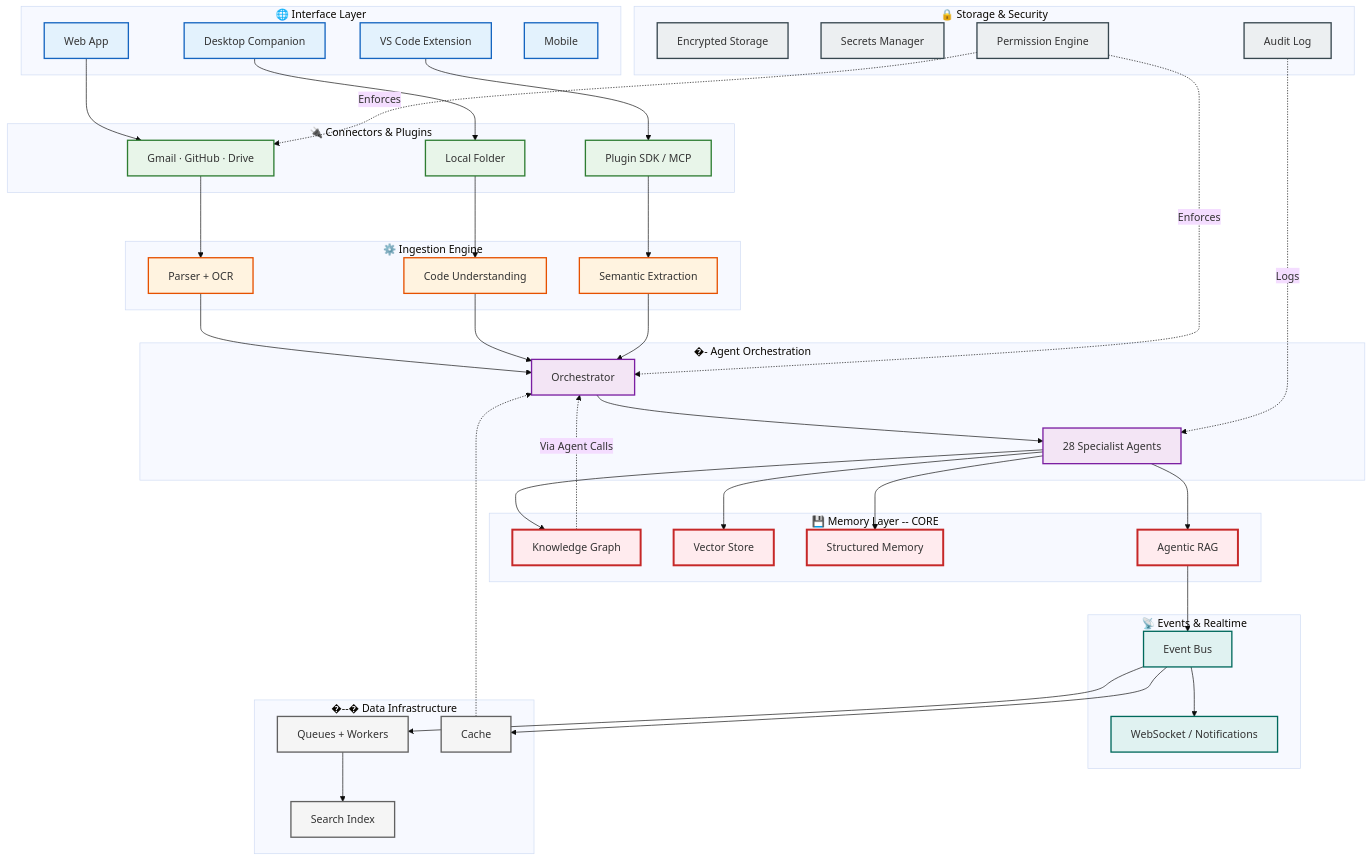
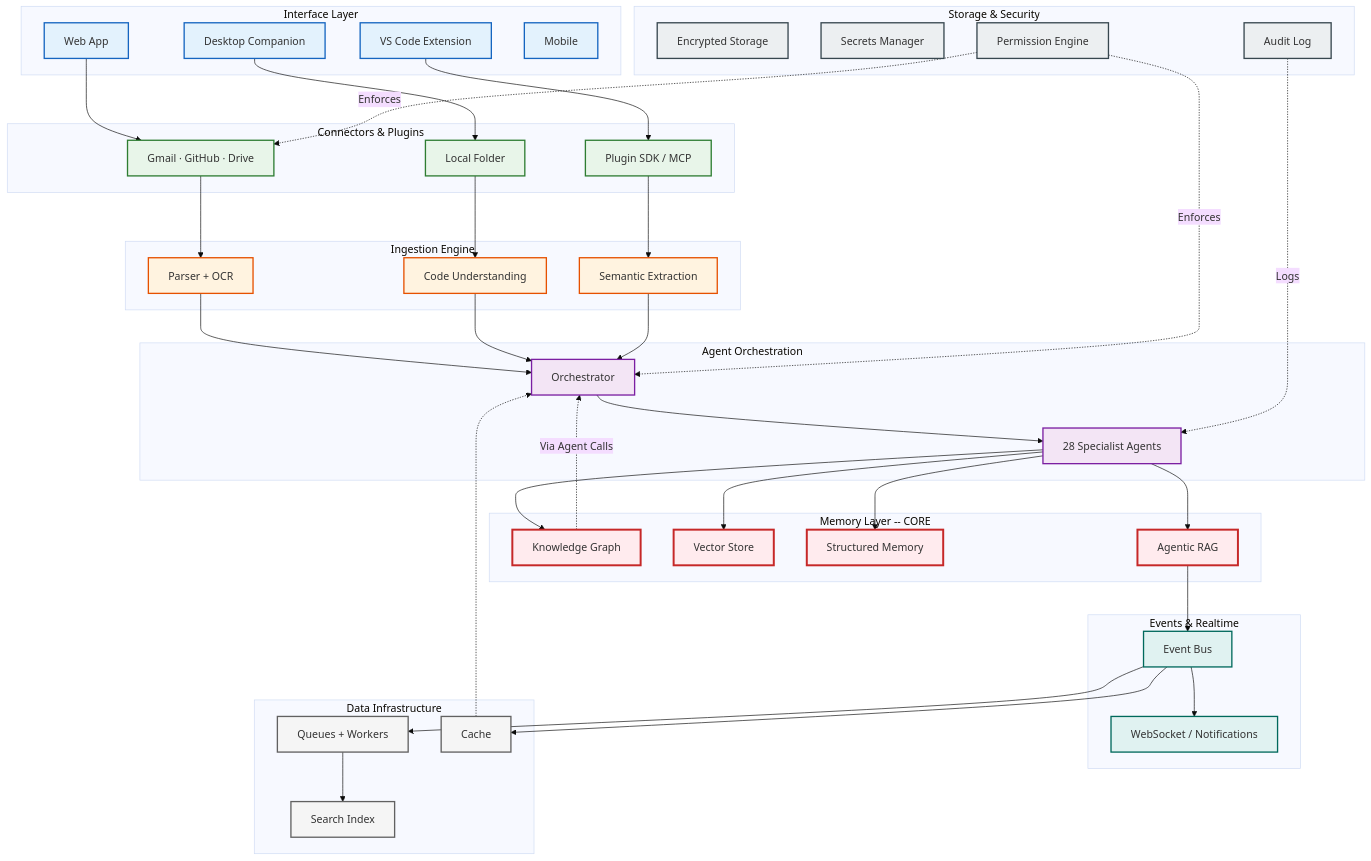
Before and after one commit to Driftloom/Vaeloom: the diagram in docs/06-vaeloom-enterprise-paper.md, drawn with Mermaid (base theme). The commit also changed other lines of this file and 694 other files, not shown here.

First line of the commit message:
docs: mermaid standardization — encoding/mermaid/duplicate cleanup

````diff
--- a/docs/06-vaeloom-enterprise-paper.md
+++ b/docs/06-vaeloom-enterprise-paper.md
@@ -94,94 +94,94 @@
 ```mermaid
 graph TD
-    subgraph Interface["🌐 Interface Layer"]
-        I1["Web App"]
-        I2["Desktop Companion"]
-        I3["VS Code Extension"]
-        I4["Mobile"]
-    end
+ subgraph Interface["Interface Layer"]
+ I1["Web App"]
+ I2["Desktop Companion"]
+ I3["VS Code Extension"]
+ I4["Mobile"]
+ end
 
-    subgraph Connectors["🔌 Connectors & Plugins"]
-        C1["Gmail · GitHub · Drive"]
-        C2["Local Folder"]
-        C3["Plugin SDK / MCP"]
-    end
+ subgraph Connectors["Connectors & Plugins"]
+ C1["Gmail · GitHub · Drive"]
+ C2["Local Folder"]
+ C3["Plugin SDK / MCP"]
+ end
 
-    subgraph Ingestion["⚙️ Ingestion Engine"]
-        G1["Parser + OCR"]
-        G2["Code Understanding"]
-        G3["Semantic Extraction"]
-    end
+ subgraph Ingestion["Ingestion Engine"]
+ G1["Parser + OCR"]
+ G2["Code Understanding"]
+ G3["Semantic Extraction"]
+ end
 
-    subgraph Orchestration["�- Agent Orchestration"]
-        O1["Orchestrator"]
-        O2["28 Specialist Agents"]
-    end
+ subgraph Orchestration["Agent Orchestration"]
+ O1["Orchestrator"]
+ O2["28 Specialist Agents"]
+ end
 
-    subgraph Memory["💾 Memory Layer -- CORE"]
-        M1["Knowledge Graph"]
-        M2["Vector Store"]
-        M3["Structured Memory"]
-        M4["Agentic RAG"]
-    end
+ subgraph Memory["Memory Layer -- CORE"]
+ M1["Knowledge Graph"]
+ M2["Vector Store"]
+ M3["Structured Memory"]
+ M4["Agentic RAG"]
+ end
 
-    subgraph Events["📡 Events & Realtime"]
-        E1["Event Bus"]
-        E2["WebSocket / Notifications"]
-    end
+ subgraph Events["Events & Realtime"]
+ E1["Event Bus"]
+ E2["WebSocket / Notifications"]
+ end
 
-    subgraph Infra["�--�️ Data Infrastructure"]
-        D1["Queues + Workers"]
-        D2["Cache"]
-        D3["Search Index"]
-    end
+ subgraph Infra["Data Infrastructure"]
+ D1["Queues + Workers"]
+ D2["Cache"]
+ D3["Search Index"]
+ end
 
-    subgraph Security["🔒 Storage & Security"]
-        S1["Encrypted Storage"]
-        S2["Secrets Manager"]
-        S3["Permission Engine"]
-        S4["Audit Log"]
-    end
+ subgraph Security["Storage & Security"]
+ S1["Encrypted Storage"]
+ S2["Secrets Manager"]
+ S3["Permission Engine"]
+ S4["Audit Log"]
+ end
 
-    I1 --> C1
-    I2 --> C2
-    I3 --> C3
-    C1 --> G1
-    C2 --> G2
-    C3 --> G3
-    G1 --> O1
-    G2 --> O1
-    G3 --> O1
-    O1 --> O2
-    O2 --> M1
-    O2 --> M2
-    O2 --> M3
-    O2 --> M4
-    M1 -.->|Via Agent Calls| O1
-    M4 --> E1
-    E1 --> E2
-    E1 --> D1
-    D1 --> D3
-    E1 --> D2
-    D2 -.-> O1
-    S3 -.->|Enforces| O1
-    S3 -.->|Enforces| C1
-    S4 -.->|Logs| O2
+ I1--> C1
+ I2--> C2
+ I3--> C3
+ C1--> G1
+ C2--> G2
+ C3--> G3
+ G1--> O1
+ G2--> O1
+ G3--> O1
+ O1--> O2
+ O2--> M1
+ O2--> M2
+ O2--> M3
+ O2--> M4
+ M1 -.->|Via Agent Calls| O1
+ M4--> E1
+ E1--> E2
+ E1--> D1
+ D1--> D3
+ E1--> D2
+ D2 -.-> O1
+ S3 -.->|Enforces| O1
+ S3 -.->|Enforces| C1
+ S4 -.->|Logs| O2
 
-    classDef interface fill:#e3f2fd,stroke:#1565c0,stroke-width:2px
-    classDef connector fill:#e8f5e9,stroke:#2e7d32,stroke-width:2px
-    classDef ingest fill:#fff3e0,stroke:#e65100,stroke-width:2px
-    classDef agent fill:#f3e5f5,stroke:#7b1fa2,stroke-width:2px
-    classDef memory fill:#ffebee,stroke:#c62828,stroke-width:3px
-    classDef events fill:#e0f2f1,stroke:#00695c,stroke-width:2px
-    classDef infra fill:#f5f5f5,stroke:#616161,stroke-width:2px
-    classDef security fill:#eceff1,stroke:#37474f,stroke-width:2px
+ classDef interface fill:#e3f2fd,stroke:#1565c0,stroke-width:2px
+ classDef connector fill:#e8f5e9,stroke:#2e7d32,stroke-width:2px
+ classDef ingest fill:#fff3e0,stroke:#e65100,stroke-width:2px
+ classDef agent fill:#f3e5f5,stroke:#7b1fa2,stroke-width:2px
+ classDef memory fill:#ffebee,stroke:#c62828,stroke-width:3px
+ classDef events fill:#e0f2f1,stroke:#00695c,stroke-width:2px
+ classDef infra fill:#f5f5f5,stroke:#616161,stroke-width:2px
+ classDef security fill:#eceff1,stroke:#37474f,stroke-width:2px
 
-    class I1,I2,I3,I4 interface
-    class C1,C2,C3 connector
-    class G1,G2,G3 ingest
-    class O1,O2 agent
-    class M1,M2,M3,M4 memory
-    class E1,E2 events
-    class D1,D2,D3 infra
-    class S1,S2,S3,S4 security
+ class I1,I2,I3,I4 interface
+ class C1,C2,C3 connector
+ class G1,G2,G3 ingest
+ class O1,O2 agent
+ class M1,M2,M3,M4 memory
+ class E1,E2 events
+ class D1,D2,D3 infra
+ class S1,S2,S3,S4 security
 ```
````
